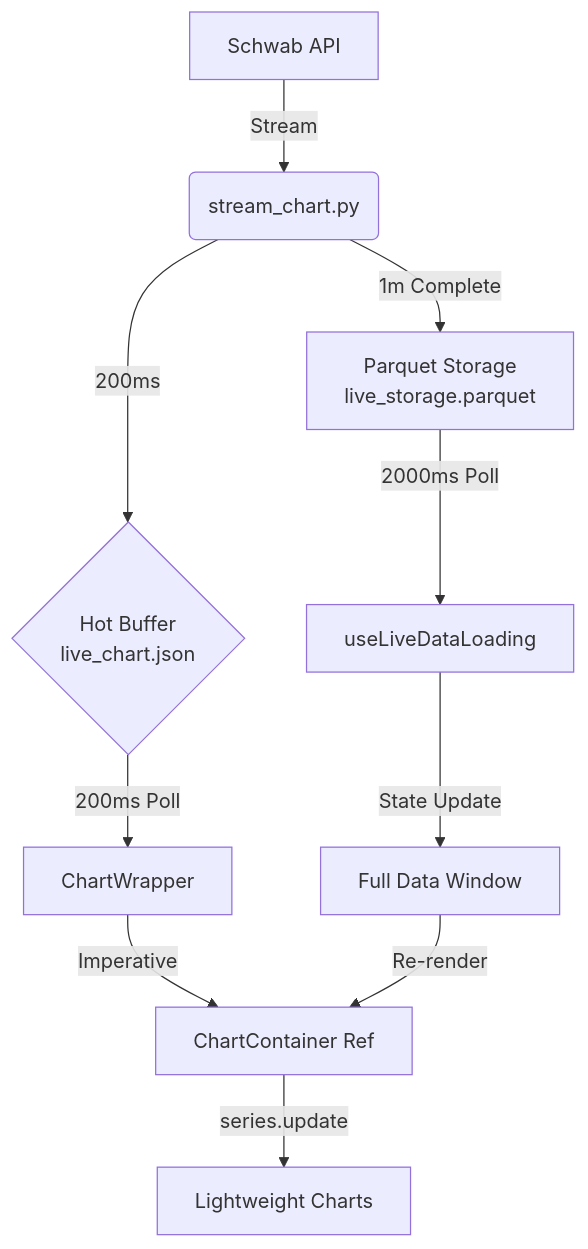
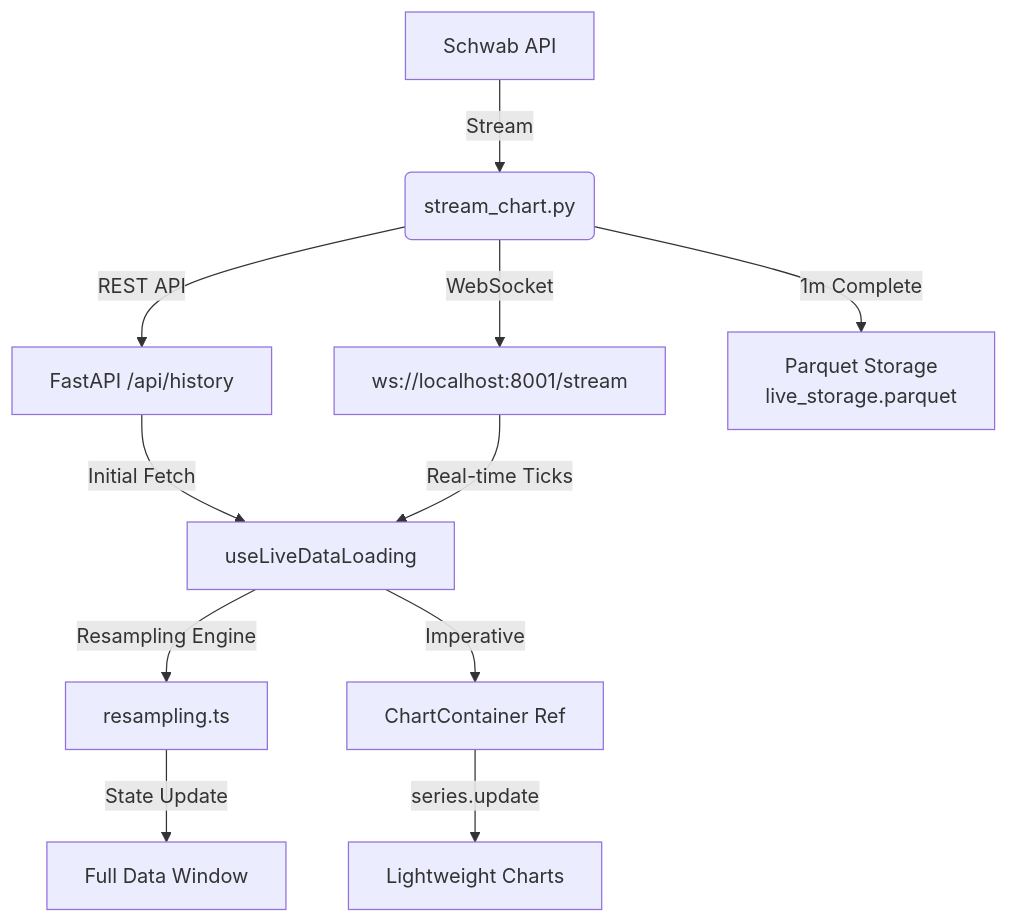
The diagram in docs/architecture/LIVE_TRADING_SYSTEM.md (vinay-veerappa/tvDownloadOHLC), drawn with Mermaid before and after one commit. The commit also changed other lines of this file and 1 other file, not shown here.

Commit message:
docs: Update ARCHITECTURE and LIVE_TRADING_SYSTEM to reflect new streaming and unified resampling

````diff
--- a/docs/architecture/LIVE_TRADING_SYSTEM.md
+++ b/docs/architecture/LIVE_TRADING_SYSTEM.md
@@ -34,15 +36,16 @@
 ```mermaid
 graph TD
     A[Schwab API] -->|Stream| B(stream_chart.py)
-    B -->|200ms| C{Hot Buffer<br/>live_chart.json}
-    B -->|1m Complete| D[Parquet Storage<br/>live_storage.parquet]
+    B -->|REST API| C[FastAPI /api/history]
+    B -->|WebSocket| D[ws://localhost:8001/stream]
+    B -->|1m Complete| E[Parquet Storage<br/>live_storage.parquet]
     
-    C -->|200ms Poll| E[ChartWrapper]
-    D -->|2000ms Poll| F[useLiveDataLoading]
+    C -->|Initial Fetch| F[useLiveDataLoading]
+    D -->|Real-time Ticks| F
     
-    E -->|Imperative| G[ChartContainer Ref]
-    G -->|series.update| H[Lightweight Charts]
+    F -->|Resampling Engine| G[resampling.ts]
+    G -->|State Update| H[Full Data Window]
     
-    F -->|State Update| I[Full Data Window]
-    I -->|Re-render| G
+    F -->|Imperative| I[ChartContainer Ref]
+    I -->|series.update| J[Lightweight Charts]
 ```
````
